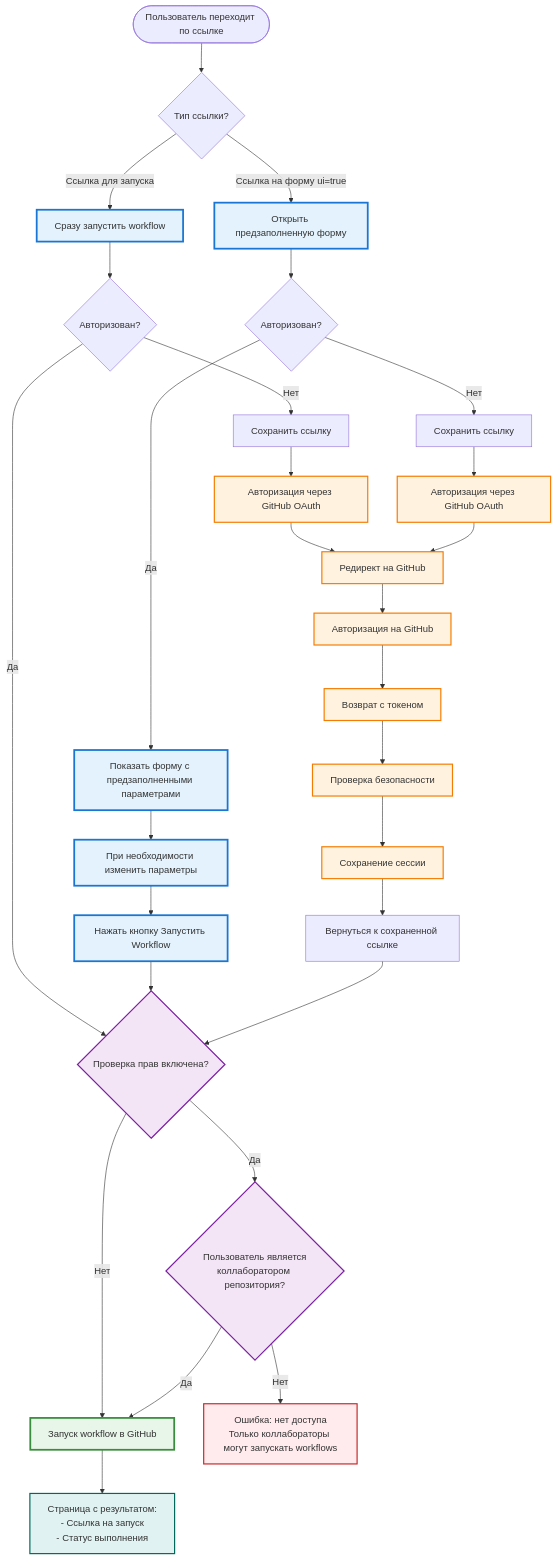
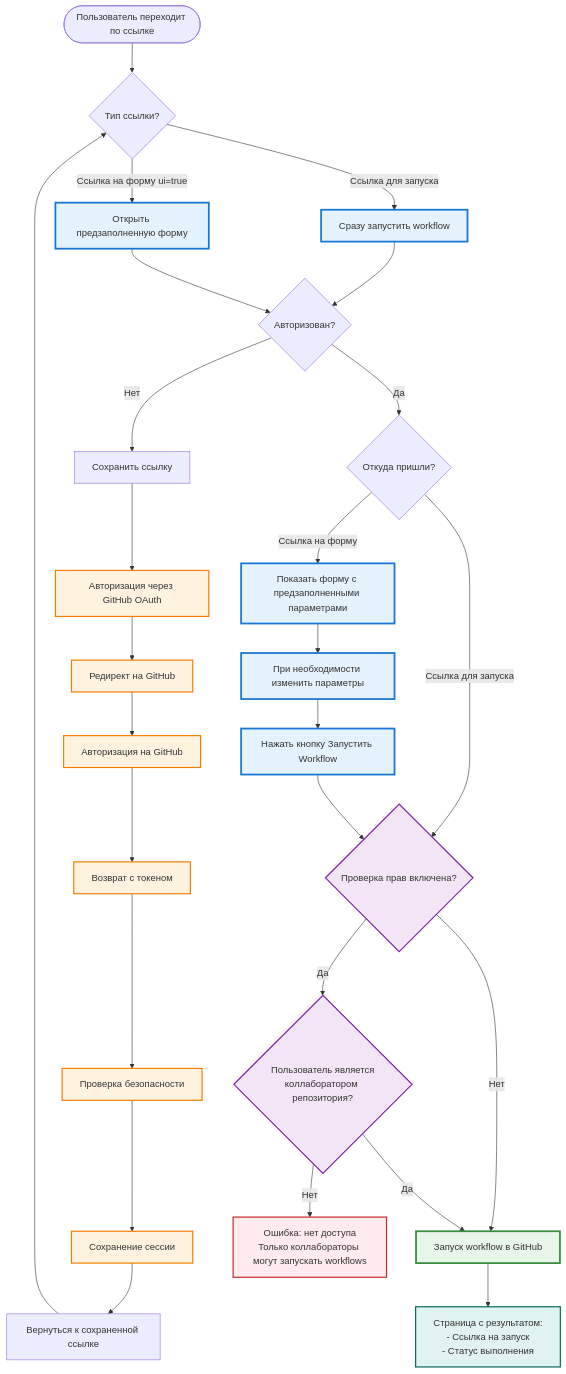
Before and after one commit to naspirato/github_action_executor: the second of 6 diagrams in README.md, drawn with Mermaid. The commit also changed other lines of this file, not shown here.

First line of the commit message:
Refactor README to clarify user roles and enhance workflow setup instructions

````diff
--- a/README.md
+++ b/README.md
@@ -423,48 +423,46 @@
 ```mermaid
 flowchart TD
     Start([Пользователь переходит по ссылке]) --> CheckLinkType{Тип ссылки?}
     CheckLinkType -->|Ссылка для запуска| DirectLaunch[Сразу запустить workflow]
     CheckLinkType -->|Ссылка на форму ui=true| PrefilledForm[Открыть предзаполненную форму]
     
-    DirectLaunch --> CheckAuth1{Авторизован?}
-    CheckAuth1 -->|Нет| SaveLink1[Сохранить ссылку]
-    SaveLink1 --> Login1[Авторизация через GitHub OAuth]
-    CheckAuth1 -->|Да| CheckPerm1{Проверка прав включена?}
+    DirectLaunch --> CheckAuth{Авторизован?}
+    PrefilledForm --> CheckAuth
     
-    PrefilledForm --> CheckAuth2{Авторизован?}
-    CheckAuth2 -->|Нет| SaveLink2[Сохранить ссылку]
-    SaveLink2 --> Login2[Авторизация через GitHub OAuth]
-    CheckAuth2 -->|Да| ShowPrefilledForm[Показать форму с предзаполненными параметрами]
-    ShowPrefilledForm --> EditParams[При необходимости изменить параметры]
-    EditParams --> SubmitForm["Нажать кнопку Запустить Workflow"]
-    SubmitForm --> CheckPerm1
-    
-    Login1 --> OAuth[Редирект на GitHub]
-    Login2 --> OAuth
+    CheckAuth -->|Нет| SaveLink[Сохранить ссылку]
+    SaveLink --> Login[Авторизация через GitHub OAuth]
+    Login --> OAuth[Редирект на GitHub]
     OAuth --> GitHubAuth[Авторизация на GitHub]
     GitHubAuth --> Callback[Возврат с токеном]
     Callback --> Verify[Проверка безопасности]
     Verify --> SaveSession[Сохранение сессии]
     SaveSession --> RestoreLink[Вернуться к сохраненной ссылке]
-    RestoreLink --> CheckPerm1
+    RestoreLink --> CheckLinkType
     
-    CheckPerm1 -->|Нет| TriggerWorkflow
-    CheckPerm1 -->|Да| CheckCollaborator{Пользователь является<br/>коллаборатором репозитория?}
+    CheckAuth -->|Да| AfterAuth{Откуда пришли?}
+    AfterAuth -->|Ссылка для запуска| CheckPerm{Проверка прав включена?}
+    AfterAuth -->|Ссылка на форму| ShowPrefilledForm[Показать форму с предзаполненными параметрами]
+    ShowPrefilledForm --> EditParams[При необходимости изменить параметры]
+    EditParams --> SubmitForm["Нажать кнопку Запустить Workflow"]
+    SubmitForm --> CheckPerm
+    
+    CheckPerm -->|Нет| TriggerWorkflow
+    CheckPerm -->|Да| CheckCollaborator{Пользователь является<br/>коллаборатором репозитория?}
     CheckCollaborator -->|Нет| ErrorAccess["Ошибка: нет доступа<br/>Только коллабораторы могут запускать workflows"]
     CheckCollaborator -->|Да| TriggerWorkflow[Запуск workflow в GitHub]
     TriggerWorkflow --> SuccessPage["Страница с результатом:<br/>- Ссылка на запуск<br/>- Статус выполнения"]
     
     classDef userAction fill:#e3f2fd,stroke:#1976d2,stroke-width:3px
     classDef authClass fill:#fff3e0,stroke:#f57c00,stroke-width:2px
     classDef checkClass fill:#f3e5f5,stroke:#7b1fa2,stroke-width:2px
     classDef triggerClass fill:#e8f5e9,stroke:#388e3c,stroke-width:3px
     classDef errorClass fill:#ffebee,stroke:#c62828,stroke-width:2px
     classDef resultClass fill:#e0f2f1,stroke:#00695c,stroke-width:2px
     
     class DirectLaunch,PrefilledForm,ShowPrefilledForm,EditParams,SubmitForm userAction
-    class Login1,Login2,OAuth,GitHubAuth,Callback,Verify,SaveSession authClass
-    class CheckPerm1,CheckCollaborator checkClass
+    class Login,OAuth,GitHubAuth,Callback,Verify,SaveSession authClass
+    class CheckPerm,CheckCollaborator checkClass
     class TriggerWorkflow triggerClass
     class ErrorAccess errorClass
     class SuccessPage resultClass
 ```
````
